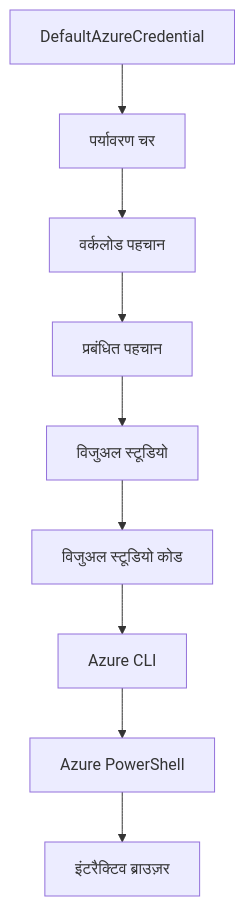
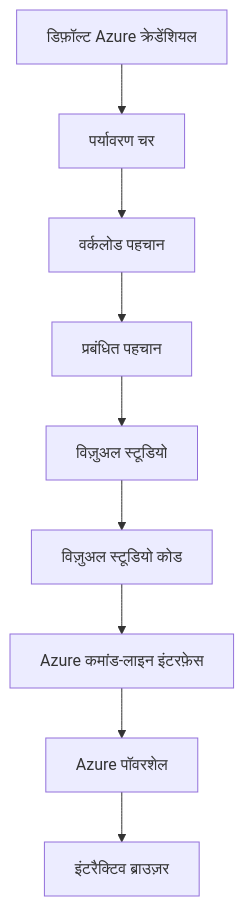
The second of 2 diagrams in translations/hi/docs/chapter-01-foundation/azd-basics.md (microsoft/AZD-for-beginners), drawn with Mermaid before and after one commit. The commit also changed other lines of this file and 104 other files, not shown here.

````diff
--- a/translations/hi/docs/chapter-01-foundation/azd-basics.md
+++ b/translations/hi/docs/chapter-01-foundation/azd-basics.md
@@ -591,11 +607,11 @@
 ```mermaid
 graph TD
-    A[DefaultAzureCredential] --> B[पर्यावरण चर]
+    A[डिफ़ॉल्ट Azure क्रेडेंशियल] --> B[पर्यावरण चर]
     B --> C[वर्कलोड पहचान]
     C --> D[प्रबंधित पहचान]
-    D --> E[विजुअल स्टूडियो]
-    E --> F[विजुअल स्टूडियो कोड]
-    F --> G[Azure CLI]
-    G --> H[Azure PowerShell]
+    D --> E[विज़ुअल स्टूडियो]
+    E --> F[विज़ुअल स्टूडियो कोड]
+    F --> G[Azure कमांड-लाइन इंटरफ़ेस]
+    G --> H[Azure पॉवरशेल]
     H --> I[इंटरैक्टिव ब्राउज़र]
 ```
````
